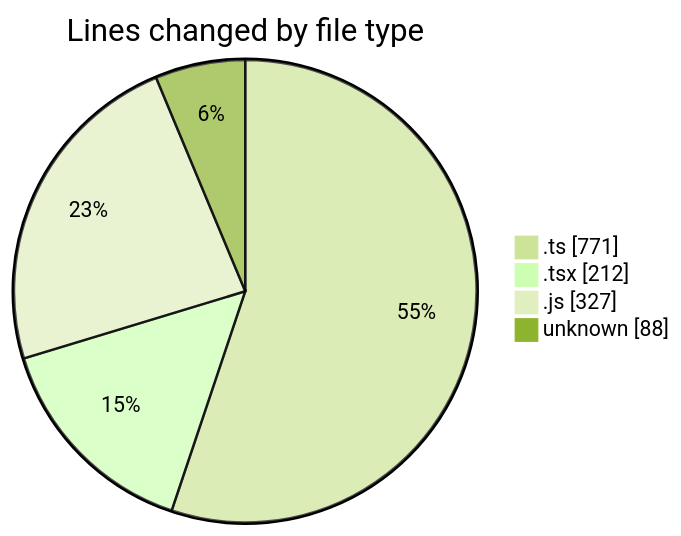
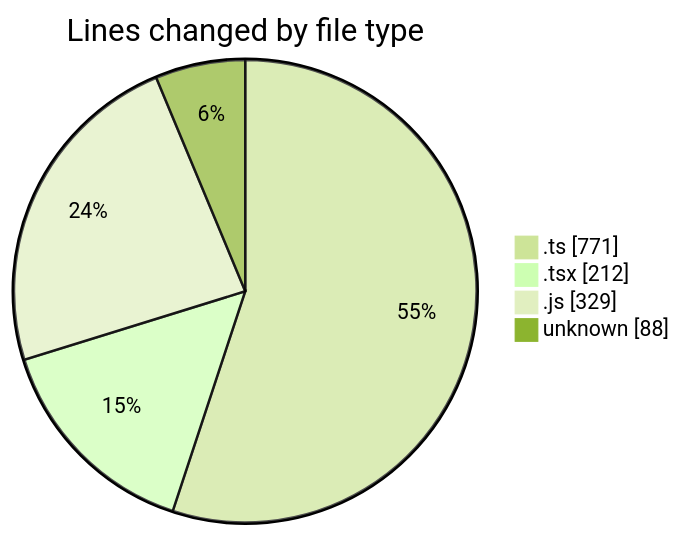
The first of 2 diagrams in 2026-03-11/cda/README.md (momahboobian/code-tracking), drawn with Mermaid (forest theme) before and after one commit. The commit also changed other lines of this file and 1 other file, not shown here.

````diff
--- a/2026-03-11/cda/README.md
+++ b/2026-03-11/cda/README.md
@@ -25,8 +25,8 @@
 ```mermaid
 pie showData
 title Lines changed by file type
 ".ts" : 771
 ".tsx" : 212
-".js" : 327
+".js" : 329
 "unknown" : 88
 ```
````
